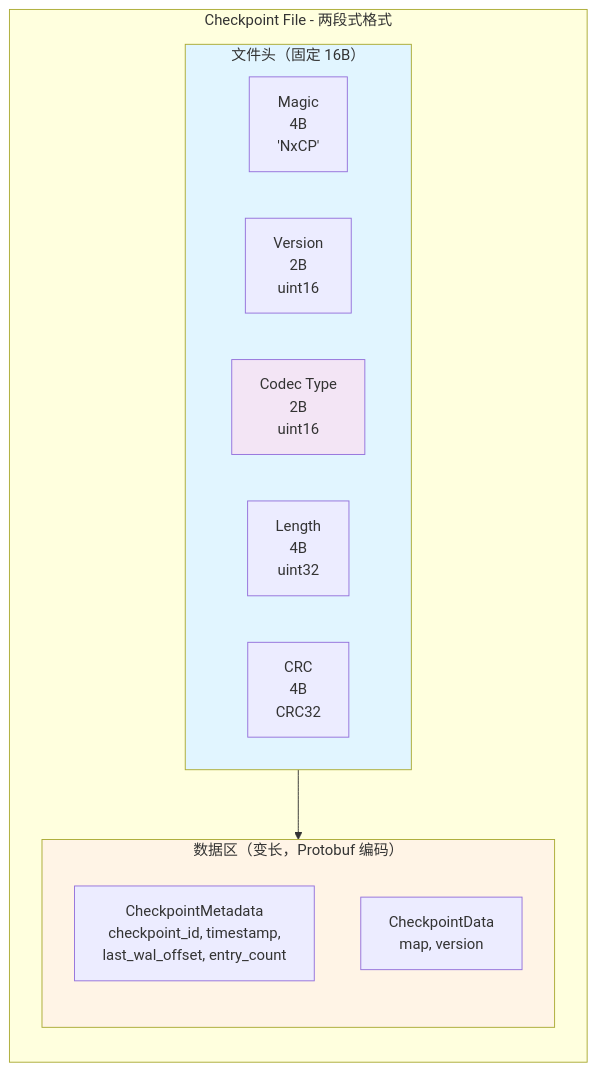
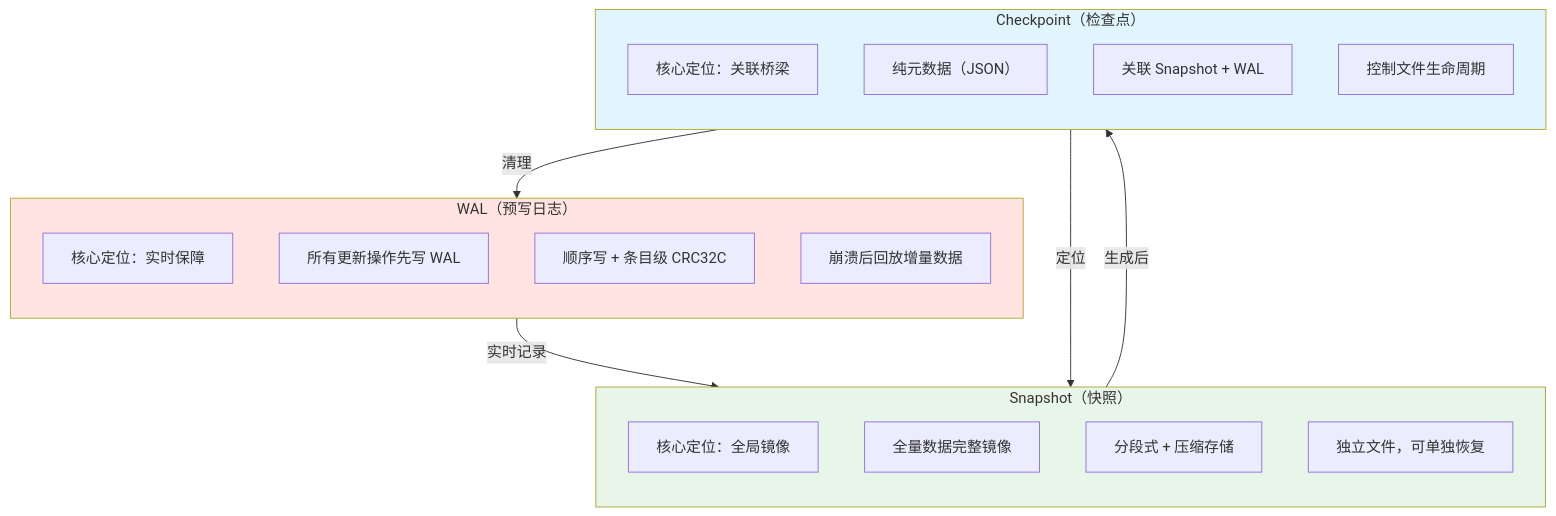
Before and after one commit to jzhang405/NexKV: the first of 8 diagrams in docs/06_project_management/pr_documents/feature/2026-01-19_PR-003_WAL_Checkpoint_机制实现_Pre.md, drawn with Mermaid. The commit also changed other lines of this file and 51 other files, not shown here.

````diff
--- a/docs/06_project_management/pr_documents/feature/2026-01-19_PR-003_WAL_Checkpoint_机制实现_Pre.md
+++ b/docs/06_project_management/pr_documents/feature/2026-01-19_PR-003_WAL_Checkpoint_机制实现_Pre.md
@@ -241,27 +146,35 @@
 ```mermaid
 flowchart TD
-    subgraph CheckpointFile["Checkpoint File - 两段式格式"]
+    subgraph WAL ["WAL（预写日志）"]
         direction TB
-
-        subgraph Header["文件头（固定 16B）"]
-            direction LR
-            H1["Magic<br/>4B<br/>'NxCP'"]
-            H2["Version<br/>2B<br/>uint16"]
-            H3["Codec Type<br/>2B<br/>uint16"]
-            H4["Length<br/>4B<br/>uint32"]
-            H5["CRC<br/>4B<br/>CRC32"]
-        end
-
-        subgraph Data["数据区（变长，Protobuf 编码）"]
-            direction TB
-            D1["CheckpointMetadata<br/>checkpoint_id, timestamp,<br/>last_wal_offset, entry_count"]
-            D2["CheckpointData<br/>map<string, bytes>, version"]
-        end
-
-        Header --> Data
+        W1["核心定位：实时保障"]
+        W2["所有更新操作先写 WAL"]
+        W3["顺序写 + 条目级 CRC32C"]
+        W4["崩溃后回放增量数据"]
     end
 
-    style Header fill:#e1f5ff
-    style Data fill:#fff4e6
-    style H3 fill:#f3e5f5
+    subgraph SNAPSHOT ["Snapshot（快照）"]
+        direction TB
+        S1["核心定位：全局镜像"]
+        S2["全量数据完整镜像"]
+        S3["分段式 + 压缩存储"]
+        S4["独立文件，可单独恢复"]
+    end
+
+    subgraph CHECKPOINT ["Checkpoint（检查点）"]
+        direction TB
+        C1["核心定位：关联桥梁"]
+        C2["纯元数据（JSON）"]
+        C3["关联 Snapshot + WAL"]
+        C4["控制文件生命周期"]
+    end
+
+    WAL -->|实时记录| SNAPSHOT
+    SNAPSHOT -->|生成后| CHECKPOINT
+    CHECKPOINT -->|定位| SNAPSHOT
+    CHECKPOINT -->|清理| WAL
+
+    style WAL fill:#FFE4E1
+    style SNAPSHOT fill:#E8F5E9
+    style CHECKPOINT fill:#E1F5FF
 ```
````
